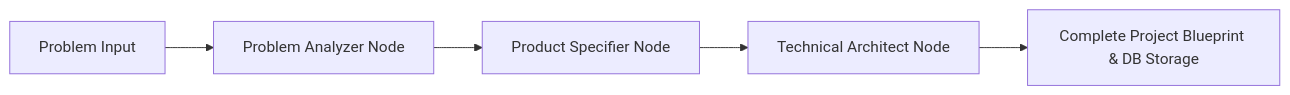
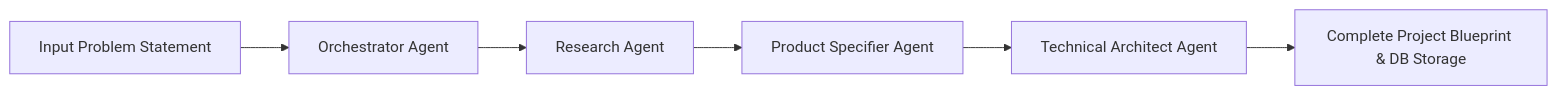
The diagram in README.md (Ahm3dh-sham/Hackathon-AI), drawn with Mermaid before and after one commit. The commit also changed other lines of this file, not shown here.

Commit message:
docs: update README.md with complete HackForge AI blueprint

````diff
--- a/README.md
+++ b/README.md
@@ -81,7 +25,8 @@
 ```mermaid
 flowchart LR
-    A[Problem Input] --> B[Problem Analyzer Node]
-    B --> C[Product Specifier Node]
-    C --> D[Technical Architect Node]
-    D --> E[Complete Project Blueprint & DB Storage]
+    A["Input Problem Statement"] --> B["Orchestrator Agent"]
+    B --> C["Research Agent"]
+    C --> D["Product Specifier Agent"]
+    D --> E["Technical Architect Agent"]
+    E --> F["Complete Project Blueprint & DB Storage"]
 ```
````
